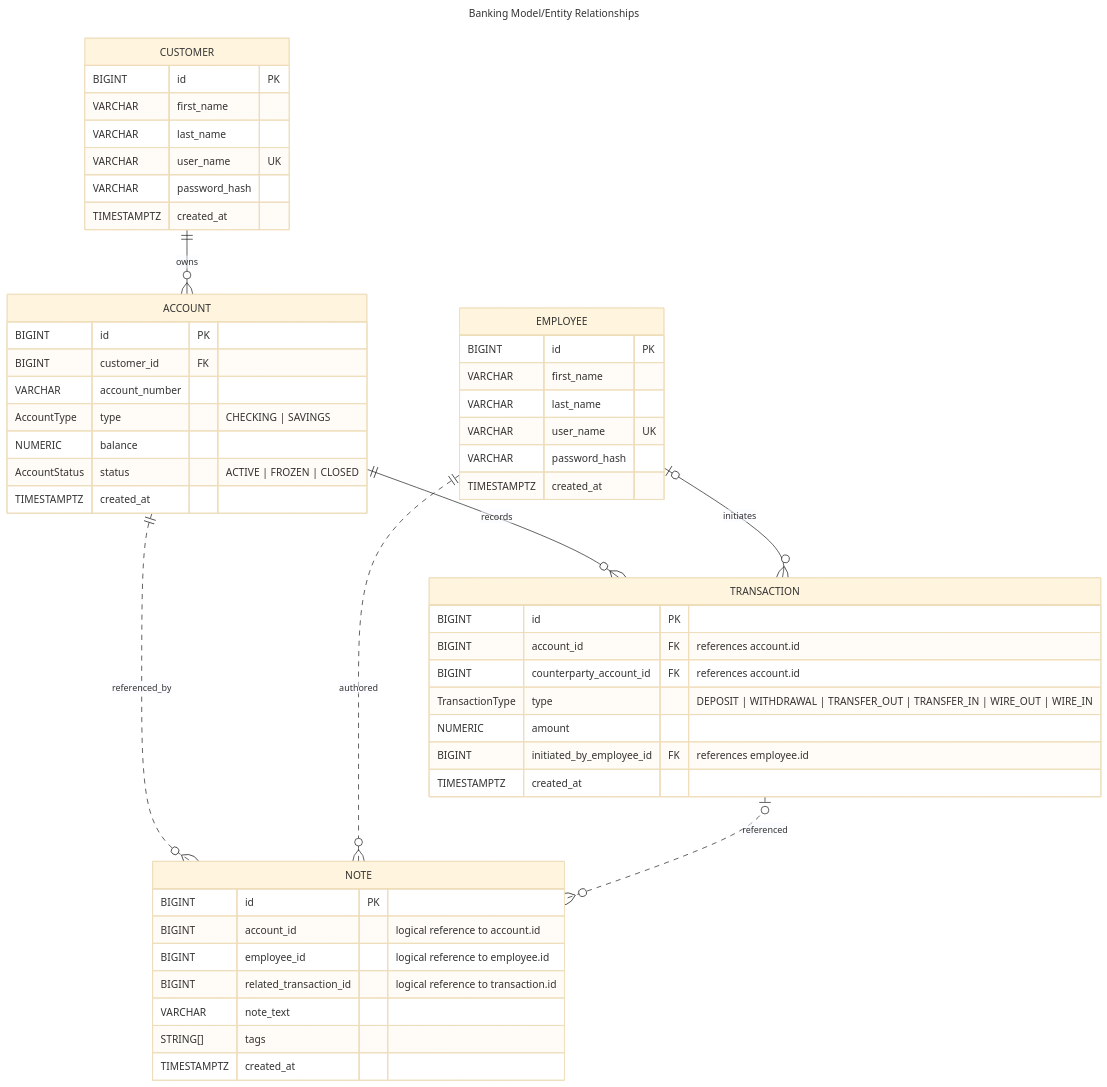
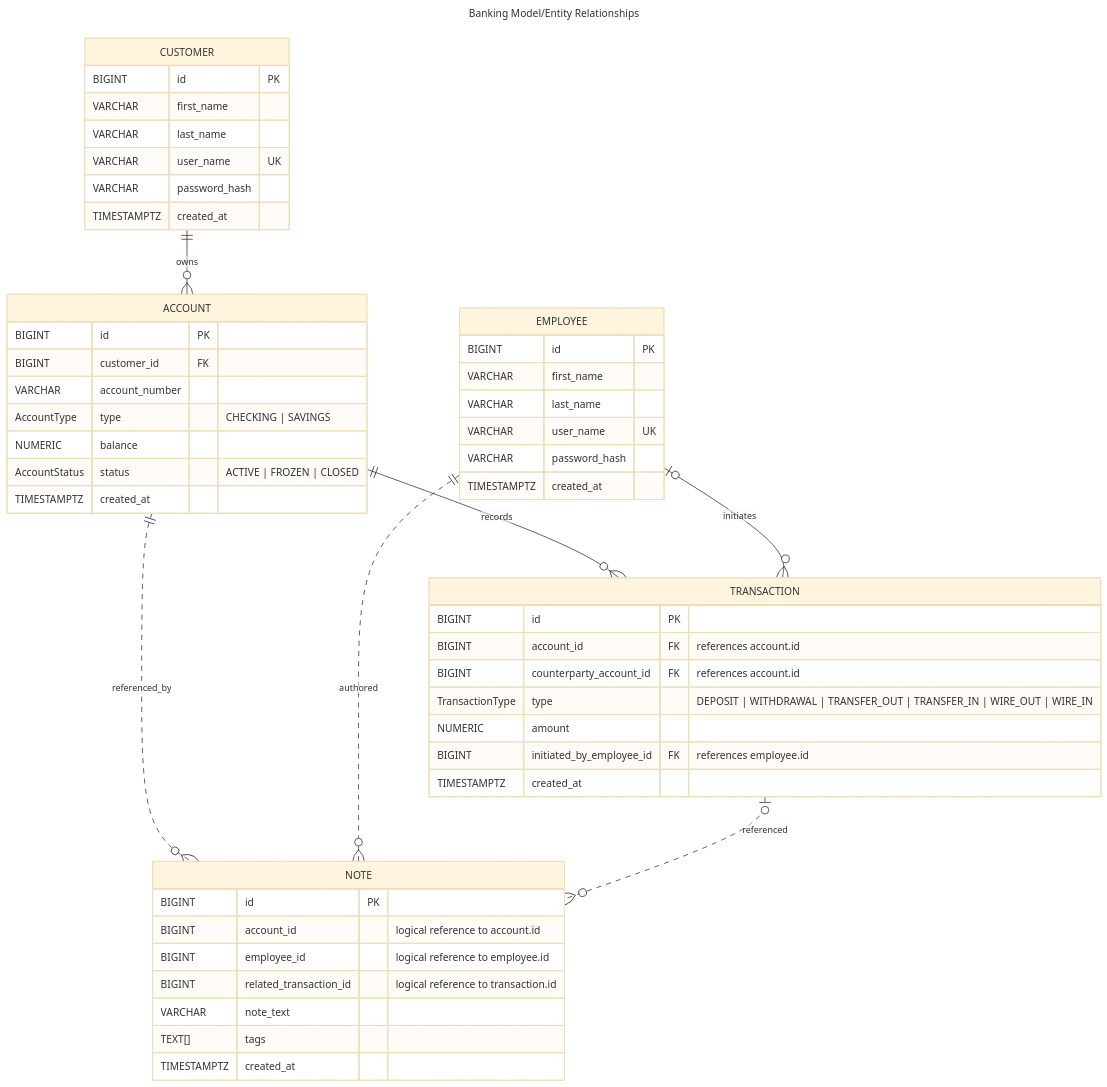
The diagram in ERD.md (schectma/P1BankingApp), drawn with Mermaid (base theme) before and after one commit.

Commit message:
tag array changed

````diff
--- a/ERD.md
+++ b/ERD.md
@@ -1,56 +1,56 @@
 ```mermaid
 ---
 title: Banking Model/Entity Relationships
 ---
 erDiagram
     CUSTOMER ||--o{ ACCOUNT : owns
     ACCOUNT ||--o{ TRANSACTION : records
     EMPLOYEE o|--o{ TRANSACTION : initiates
     ACCOUNT ||..o{ NOTE : referenced_by
     EMPLOYEE ||..o{ NOTE : authored
     TRANSACTION o|..o{ NOTE : referenced
 
     CUSTOMER{
         BIGINT id PK
         VARCHAR first_name
         VARCHAR last_name
         VARCHAR user_name UK
         VARCHAR password_hash 
         TIMESTAMPTZ created_at
     }
     ACCOUNT{
         BIGINT id PK
         BIGINT customer_id FK
         VARCHAR account_number
         AccountType type "CHECKING | SAVINGS"
         NUMERIC balance
         AccountStatus status "ACTIVE | FROZEN | CLOSED"
         TIMESTAMPTZ created_at
     }
     EMPLOYEE{
         BIGINT id PK
         VARCHAR first_name
         VARCHAR last_name
         VARCHAR user_name UK
         VARCHAR password_hash
         TIMESTAMPTZ created_at
     }
     TRANSACTION{
         BIGINT id PK
         BIGINT account_id FK "references account.id"
         BIGINT counterparty_account_id FK "references account.id"
         TransactionType type "DEPOSIT | WITHDRAWAL | TRANSFER_OUT | TRANSFER_IN | WIRE_OUT | WIRE_IN"
         NUMERIC amount
         BIGINT initiated_by_employee_id FK "references employee.id"
         TIMESTAMPTZ created_at
     }
     NOTE{
         BIGINT id PK
         BIGINT account_id "logical reference to account.id"
         BIGINT employee_id "logical reference to employee.id"
         BIGINT related_transaction_id "logical reference to transaction.id"
         VARCHAR note_text
-        STRING[] tags
+        TEXT[] tags
         TIMESTAMPTZ created_at
     }
 ```
````
